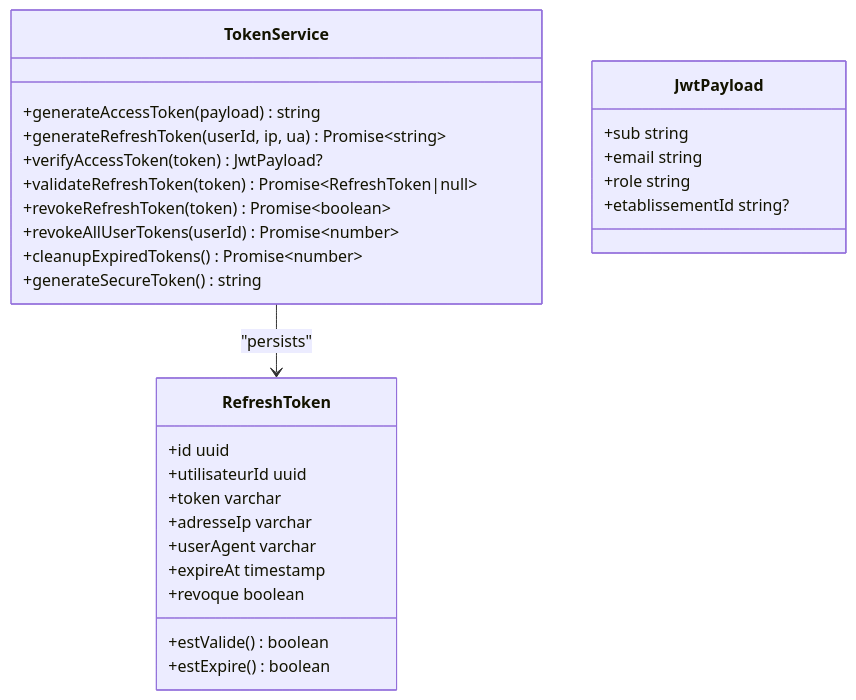
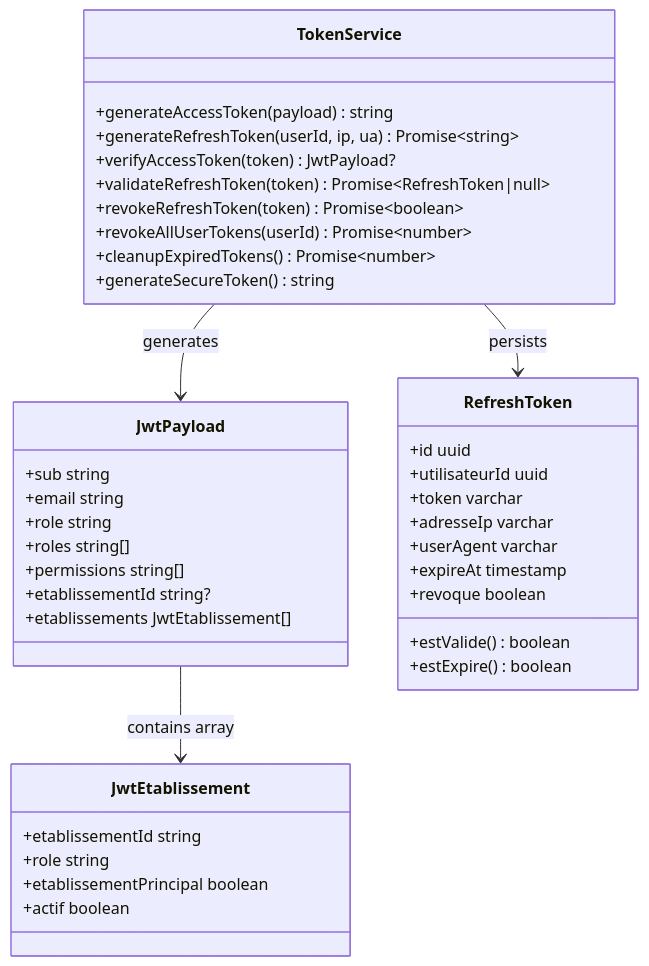
The sixth of 9 diagrams in .qoder/repowiki/en/content/Authentication & Authorization/Authentication Flow.md (franckylab/eLISAschool), drawn with Mermaid before and after one commit. The commit also changed other lines of this file and 75 other files, not shown here.

````diff
--- a/.qoder/repowiki/en/content/Authentication & Authorization/Authentication Flow.md
+++ b/.qoder/repowiki/en/content/Authentication & Authorization/Authentication Flow.md
@@ -364,31 +371,42 @@
 ```mermaid
 classDiagram
 class TokenService {
 +generateAccessToken(payload) string
 +generateRefreshToken(userId, ip, ua) Promise~string~
 +verifyAccessToken(token) JwtPayload?
 +validateRefreshToken(token) Promise~RefreshToken|null~
 +revokeRefreshToken(token) Promise~boolean~
 +revokeAllUserTokens(userId) Promise~number~
 +cleanupExpiredTokens() Promise~number~
 +generateSecureToken() string
 }
+class JwtPayload {
++sub string
++email string
++role string
++roles string[]
++permissions string[]
++etablissementId string?
++etablissements JwtEtablissement[]
+}
+class JwtEtablissement {
++etablissementId string
++role string
++etablissementPrincipal boolean
++actif boolean
+}
 class RefreshToken {
 +id uuid
 +utilisateurId uuid
 +token varchar
 +adresseIp varchar
 +userAgent varchar
 +expireAt timestamp
 +revoque boolean
 +estValide() boolean
 +estExpire() boolean
 }
-class JwtPayload {
-+sub string
-+email string
-+role string
-+etablissementId string?
-}
-TokenService --> RefreshToken : "persists"
+TokenService --> JwtPayload : generates
+JwtPayload --> JwtEtablissement : contains array
+TokenService --> RefreshToken : persists
 ```
````
